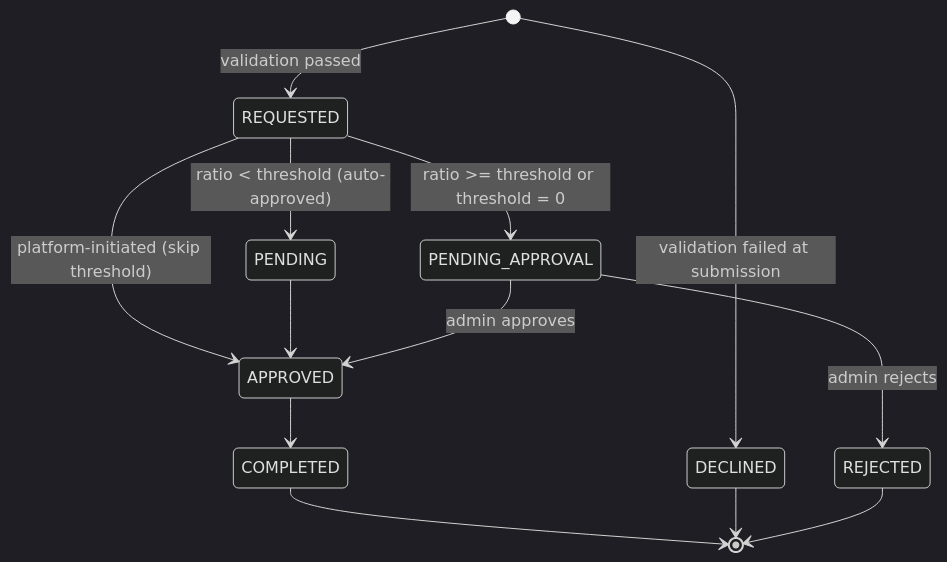
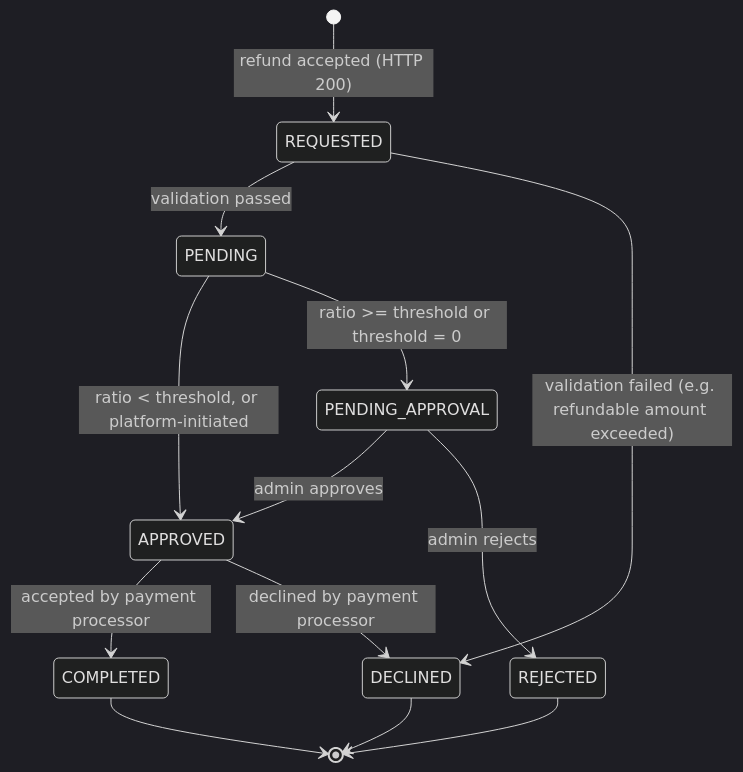
One commit to KumaaGroup/platform-merchant-api changed the diagram in docs/refunds.md. Above: the diagram before and after it, drawn with Mermaid (dark theme). The commit also changed other lines of this file and 4 other files, not shown here.

First line of the commit message:
Update docs for refund refactor and crypto payment changes (#12)

````diff
--- a/docs/refunds.md
+++ b/docs/refunds.md
@@ -90,15 +84,15 @@
 ```mermaid
 stateDiagram-v2
-    [*] --> REQUESTED: validation passed
-    [*] --> DECLINED: validation failed at submission
-    REQUESTED --> PENDING: ratio < threshold (auto-approved)
-    REQUESTED --> PENDING_APPROVAL: ratio >= threshold or threshold = 0
-    REQUESTED --> APPROVED: platform-initiated (skip threshold)
-    PENDING --> APPROVED
+    [*] --> REQUESTED: refund accepted (HTTP 200)
+    REQUESTED --> PENDING: validation passed
+    REQUESTED --> DECLINED: validation failed (e.g. refundable amount exceeded)
+    PENDING --> APPROVED: ratio < threshold, or platform-initiated
+    PENDING --> PENDING_APPROVAL: ratio >= threshold or threshold = 0
     PENDING_APPROVAL --> APPROVED: admin approves
     PENDING_APPROVAL --> REJECTED: admin rejects
-    APPROVED --> COMPLETED
+    APPROVED --> COMPLETED: accepted by payment processor
+    APPROVED --> DECLINED: declined by payment processor
     COMPLETED --> [*]
     DECLINED --> [*]
     REJECTED --> [*]
 ```
````
